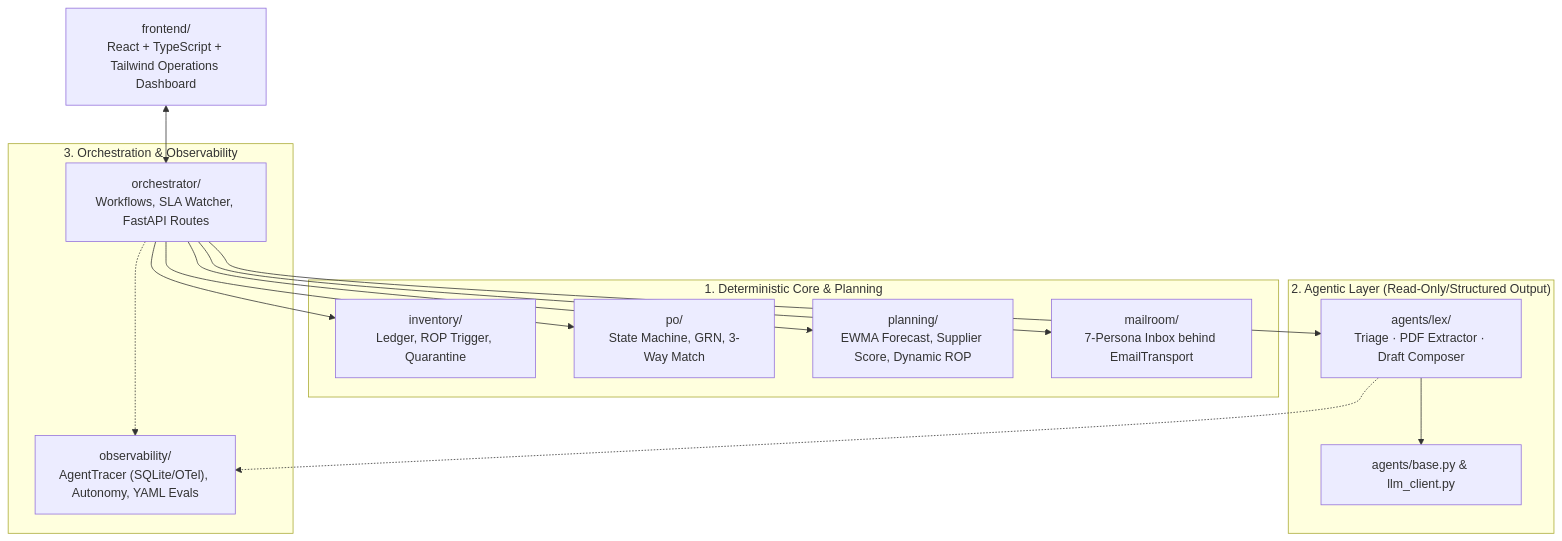
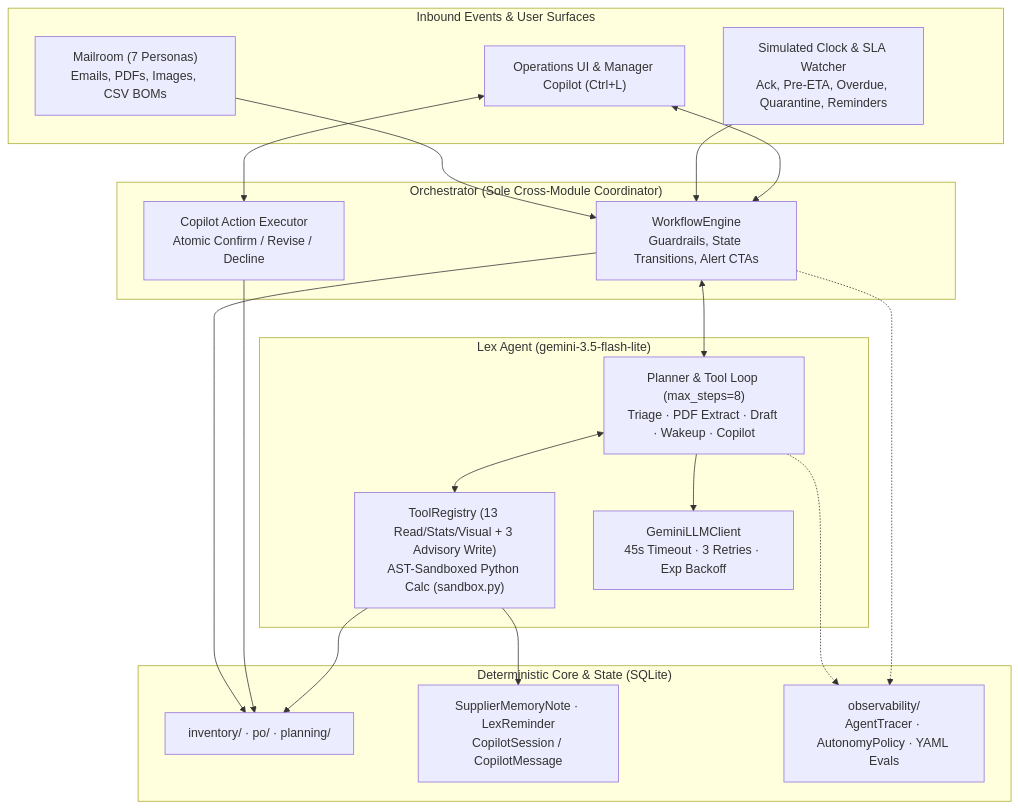
The diagram in README.md (Cheonma-ds/Inv_Plan), drawn with Mermaid before and after one commit. The commit also changed other lines of this file, not shown here.

Commit message:
docs: rewrite README with problem framing, agent design, tools, reliability, evals, and judgment

````diff
--- a/README.md
+++ b/README.md
@@ -65,31 +38,39 @@
 ```mermaid
 flowchart TB
-    subgraph Core["1. Deterministic Core & Planning"]
-        INV["inventory/<br/>Ledger, ROP Trigger, Quarantine"]
-        PO["po/<br/>State Machine, GRN, 3-Way Match"]
-        PLAN["planning/<br/>EWMA Forecast, Supplier Score, Dynamic ROP"]
-        MAIL["mailroom/<br/>7-Persona Inbox behind EmailTransport"]
+    subgraph Events["Inbound Events & User Surfaces"]
+        MAIL["Mailroom (7 Personas)<br/>Emails, PDFs, Images, CSV BOMs"]
+        CLOCK["Simulated Clock & SLA Watcher<br/>Ack, Pre-ETA, Overdue, Quarantine, Reminders"]
+        UI["Operations UI & Manager Copilot (Ctrl+L)"]
     end
 
-    subgraph Agents["2. Agentic Layer (Read-Only/Structured Output)"]
-        BASE["agents/base.py & llm_client.py"]
-        LEX["agents/lex/<br/>Triage · PDF Extractor · Draft Composer"]
+    subgraph Orch["Orchestrator (Sole Cross-Module Coordinator)"]
+        WF["WorkflowEngine<br/>Guardrails, State Transitions, Alert CTAs"]
+        EXEC["Copilot Action Executor<br/>Atomic Confirm / Revise / Decline"]
     end
 
-    subgraph Orch["3. Orchestration & Observability"]
-        WF["orchestrator/<br/>Workflows, SLA Watcher, FastAPI Routes"]
-        OBS["observability/<br/>AgentTracer (SQLite/OTel), Autonomy, YAML Evals"]
+    subgraph Agent["Lex Agent (gemini-3.5-flash-lite)"]
+        PLAN["Planner & Tool Loop (max_steps=8)<br/>Triage · PDF Extract · Draft · Wakeup · Copilot"]
+        TOOLS["ToolRegistry (13 Read/Stats/Visual + 3 Advisory Write)<br/>AST-Sandboxed Python Calc (sandbox.py)"]
+        RETRY["GeminiLLMClient<br/>45s Timeout · 3 Retries · Exp Backoff"]
     end
 
-    UI["frontend/<br/>React + TypeScript + Tailwind Operations Dashboard"]
+    subgraph Core["Deterministic Core & State (SQLite)"]
+        DOM["inventory/ · po/ · planning/"]
+        MEM["SupplierMemoryNote · LexReminder<br/>CopilotSession / CopilotMessage"]
+        OBS["observability/<br/>AgentTracer · AutonomyPolicy · YAML Evals"]
+    end
 
+    MAIL --> WF
+    CLOCK --> WF
     UI <--> WF
-    WF --> INV
-    WF --> PO
-    WF --> PLAN
-    WF --> MAIL
-    WF --> LEX
-    LEX --> BASE
+    UI <--> EXEC
+    WF <--> PLAN
+    PLAN <--> TOOLS
+    PLAN --> RETRY
+    WF --> DOM
+    EXEC --> DOM
+    TOOLS --> DOM
+    TOOLS --> MEM
+    PLAN -.-> OBS
     WF -.-> OBS
-    LEX -.-> OBS
 ```
````
